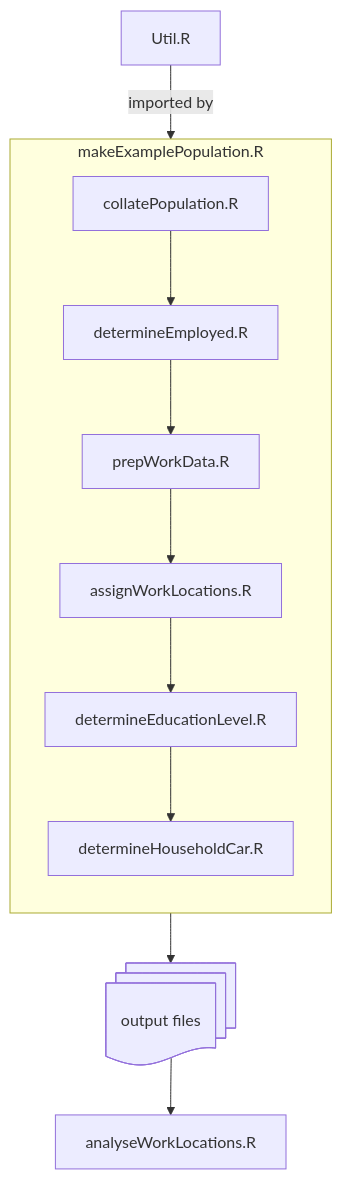
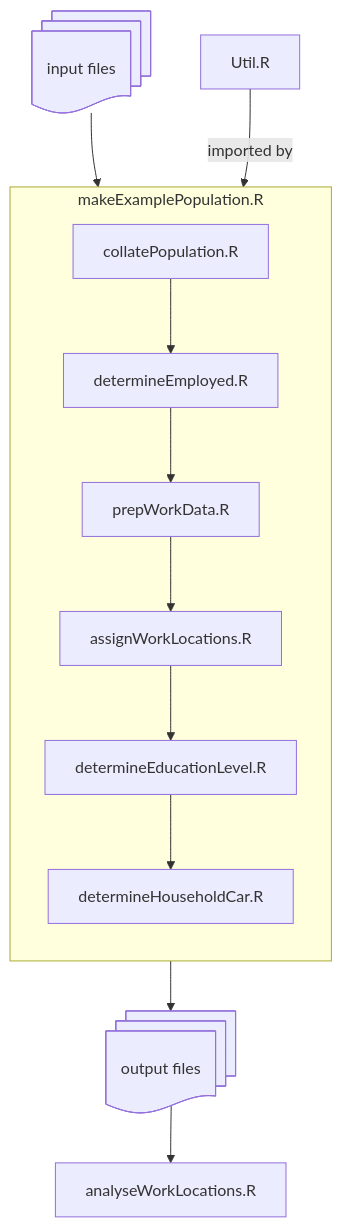
The diagram in README.md (jibeproject/syntheticPopulationMelbourne), drawn with Mermaid before and after one commit.

Commit message:
Update README.md to make clear assumption of input files being present
Running the workflow requires use of input files.  These are to be located in the data folder, and their retrieval is described in the `README.md` file there.  However, currently, those directions are out of date, as per #2 .   We will need to update directions on how to process and/or retrieve these files to run this workflow.

````diff
--- a/README.md
+++ b/README.md
@@ -4,16 +4,17 @@
 ```mermaid
 flowchart TD
     subgraph makeExamplePopulation.R
         direction TB 
         collatePopulation.R -->
         determineEmployed.R -->
         prepWorkData.R -->
         assignWorkLocations.R -->
         determineEducationLevel.R -->
         determineHouseholdCar.R
     end
+    i@{ shape: docs, label: "input files"}--> makeExamplePopulation.R
     Util.R--imported by-->makeExamplePopulation.R
     makeExamplePopulation.R -->
-    C@{ shape: docs, label: "output files"} -->
+    o@{ shape: docs, label: "output files"} -->
     analyseWorkLocations.R
 ```
````
